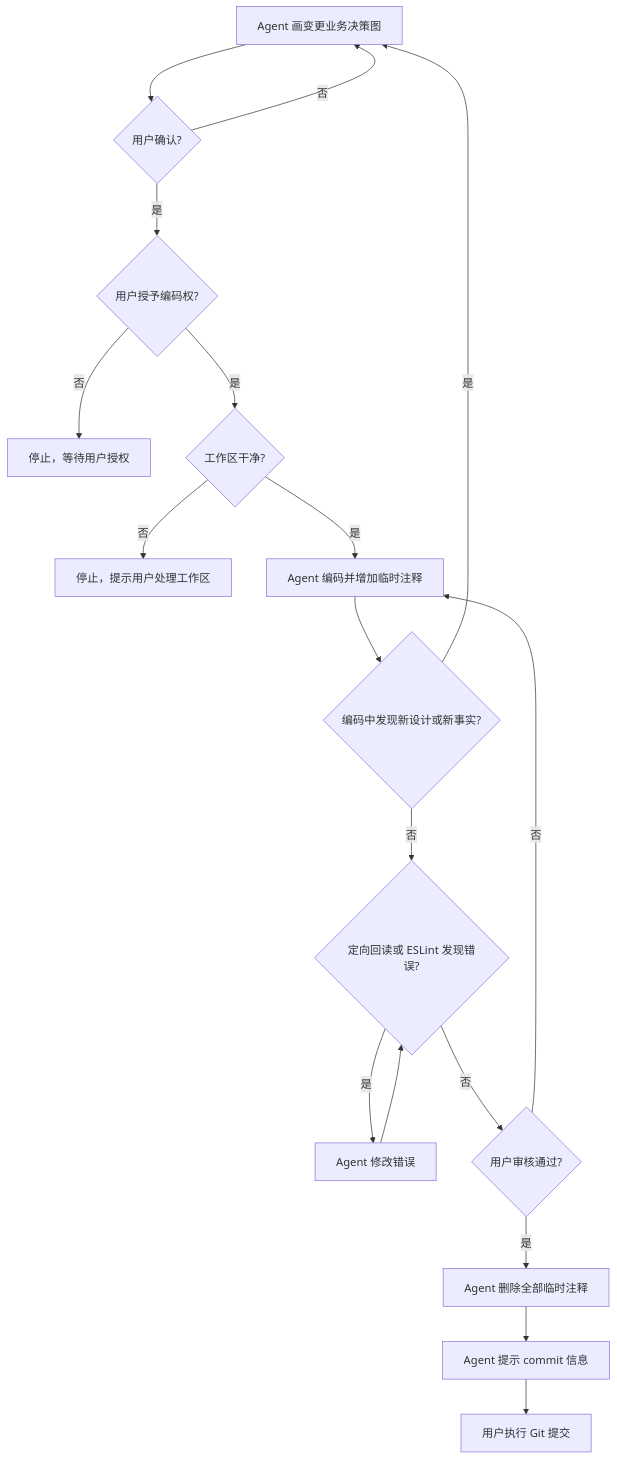
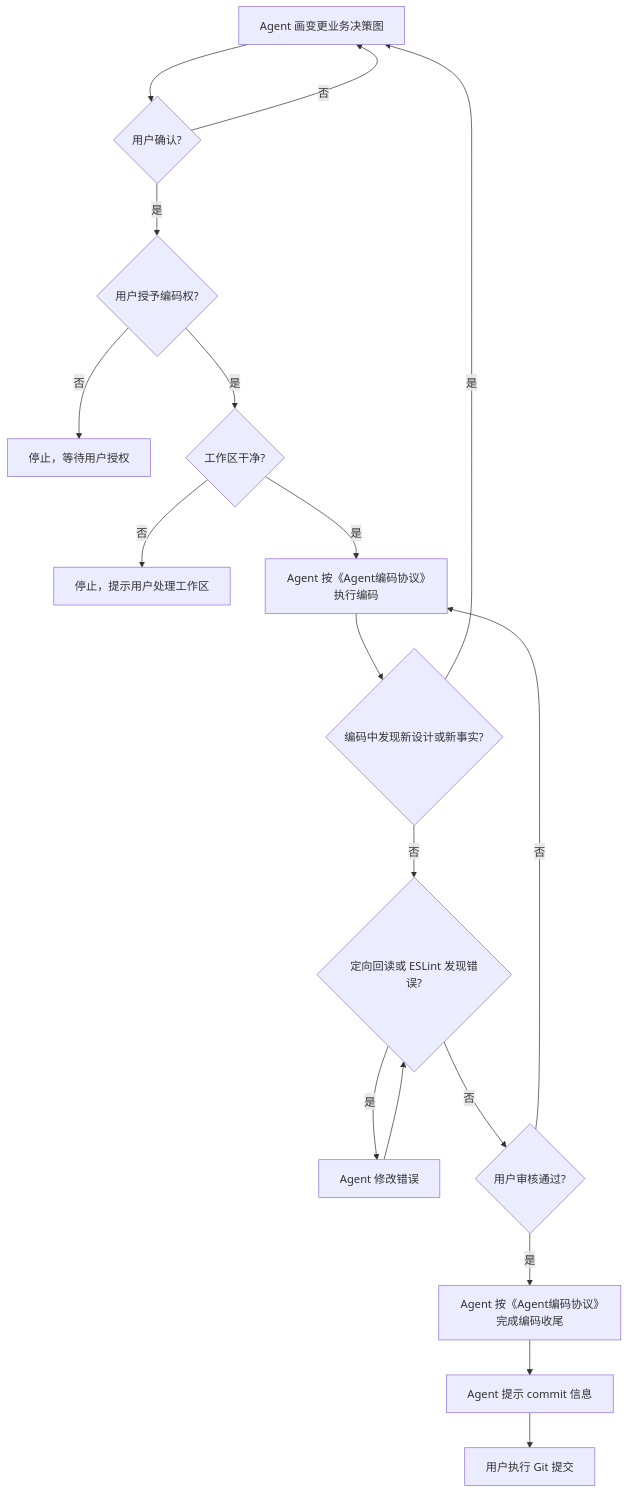
The diagram in 复杂任务协作协议.md (TiTianWaves/TiTian), drawn with Mermaid before and after one commit. The commit also changed other lines of this file and 4 other files, not shown here.

````diff
--- a/复杂任务协作协议.md
+++ b/复杂任务协作协议.md
@@ -109,20 +118,20 @@
 ```mermaid
 flowchart TD
     A["Agent 画变更业务决策图"] --> B{"用户确认?"}
     B -- 否 --> A
     B -- 是 --> C{"用户授予编码权?"}
     C -- 否 --> STOP1["停止，等待用户授权"]
     C -- 是 --> D{"工作区干净?"}
     D -- 否 --> STOP2["停止，提示用户处理工作区"]
-    D -- 是 --> E["Agent 编码并增加临时注释"]
+    D -- 是 --> E["Agent 按《Agent编码协议》执行编码"]
     E --> F{"编码中发现新设计或新事实?"}
     F -- 是 --> A
     F -- 否 --> G{"定向回读或 ESLint 发现错误?"}
     G -- 是 --> H["Agent 修改错误"]
     H --> G
     G -- 否 --> I{"用户审核通过?"}
     I -- 否 --> E
-    I -- 是 --> J["Agent 删除全部临时注释"]
+    I -- 是 --> J["Agent 按《Agent编码协议》完成编码收尾"]
     J --> K["Agent 提示 commit 信息"]
     K --> L["用户执行 Git 提交"]
 ```
````
